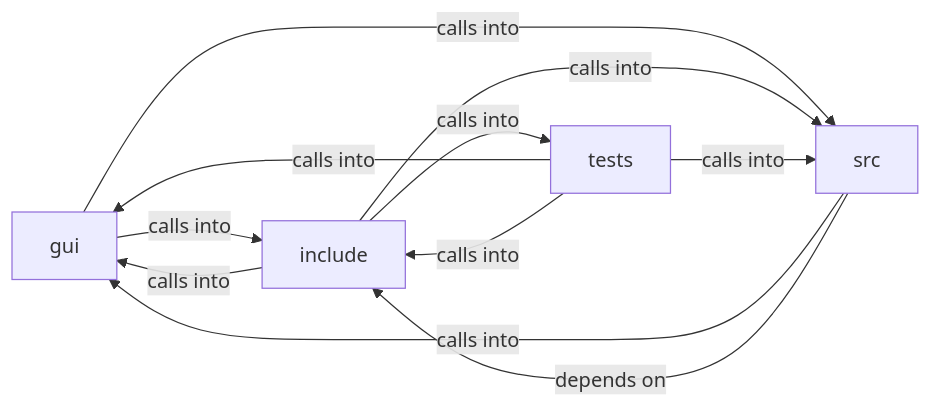
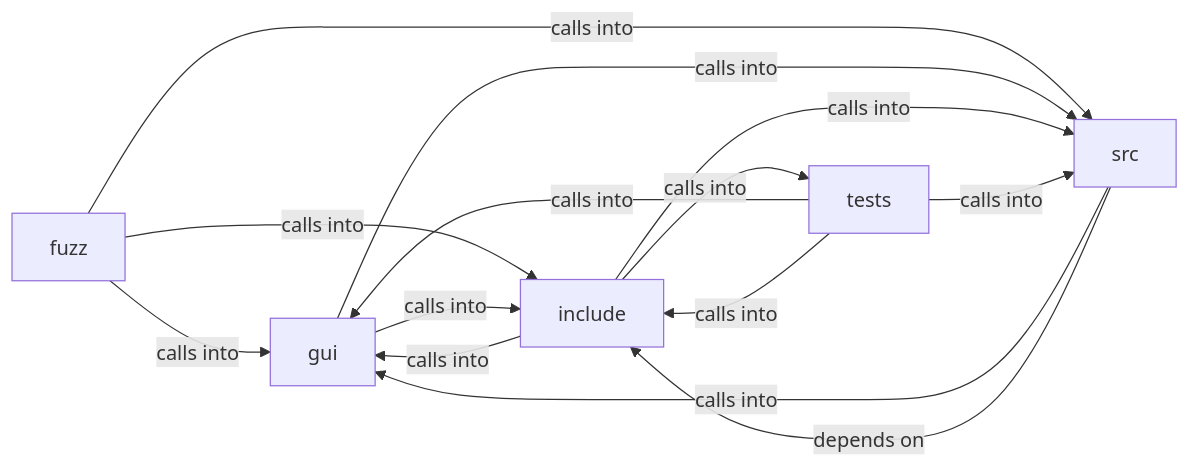
One commit to grisuno/FreeDom changed the diagram in readmenator-diagrams/include_browser_ui.md. Above: the diagram before and after it, drawn with Mermaid. The commit also changed other lines of this file and 244 other files, not shown here.

````diff
--- a/readmenator-diagrams/include_browser_ui.md
+++ b/readmenator-diagrams/include_browser_ui.md
@@ -5,17 +5,21 @@
 ```mermaid
 graph LR
+    fuzz["fuzz"]
     gui["gui"]
     include["include"]
     src["src"]
     tests["tests"]
+    fuzz -- "calls into" --> gui
+    fuzz -- "calls into" --> include
+    fuzz -- "calls into" --> src
     gui -- "calls into" --> include
     gui -- "calls into" --> src
     include -- "calls into" --> gui
     include -- "calls into" --> src
     include -- "calls into" --> tests
     src -- "calls into" --> gui
     src -- "depends on" --> include
     tests -- "calls into" --> gui
     tests -- "calls into" --> include
     tests -- "calls into" --> src
 ```
````
